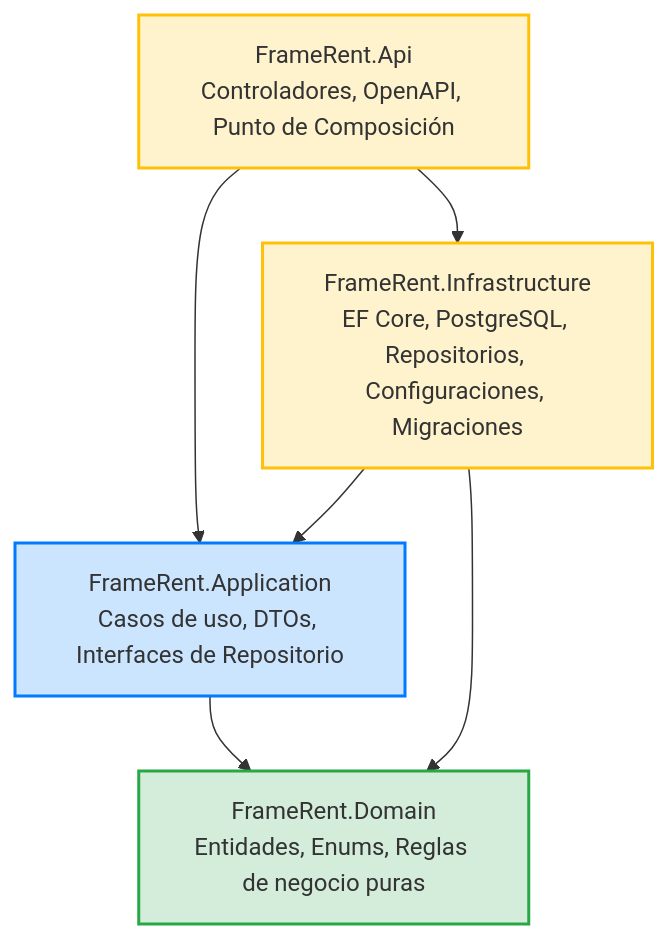
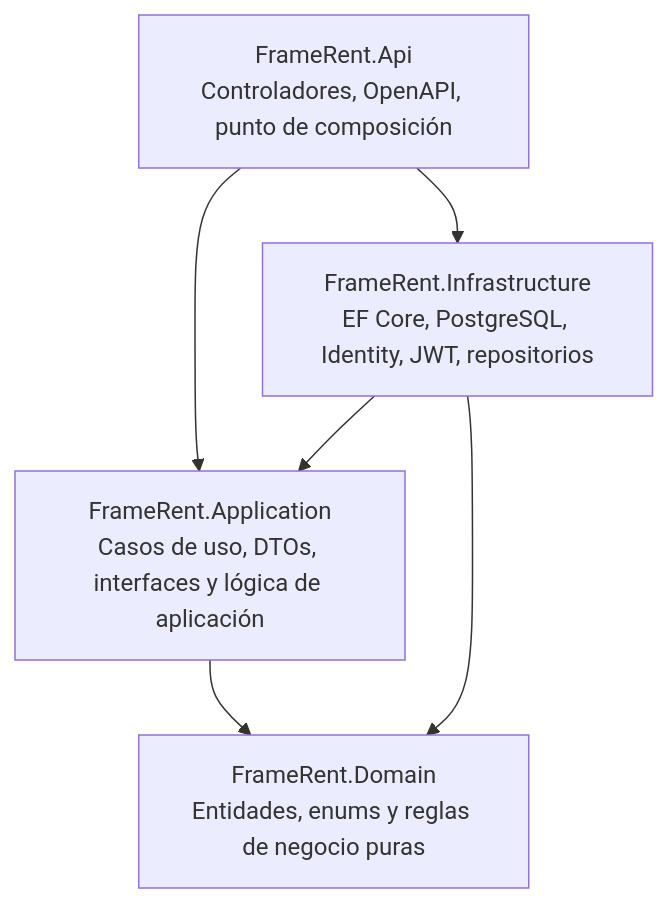
The diagram in README.md (harold-855/FrameRent), drawn with Mermaid before and after one commit. The commit also changed other lines of this file and 26 other files, not shown here.

````diff
--- a/README.md
+++ b/README.md
@@ -75,21 +28,13 @@
 ```mermaid
 graph TD
-    API[FrameRent.Api<br/>Controladores, OpenAPI, Punto de Composición]
-    INFRA[FrameRent.Infrastructure<br/>EF Core, PostgreSQL, Repositorios, Configuraciones, Migraciones]
-    APP[FrameRent.Application<br/>Casos de uso, DTOs, Interfaces de Repositorio]
-    DOM[FrameRent.Domain<br/>Entidades, Enums, Reglas de negocio puras]
+    API[FrameRent.Api<br/>Controladores, OpenAPI, punto de composición]
+    INFRA[FrameRent.Infrastructure<br/>EF Core, PostgreSQL, Identity, JWT, repositorios]
+    APP[FrameRent.Application<br/>Casos de uso, DTOs, interfaces y lógica de aplicación]
+    DOM[FrameRent.Domain<br/>Entidades, enums y reglas de negocio puras]
 
     API --> APP
     API --> INFRA
     INFRA --> APP
     INFRA --> DOM
     APP --> DOM
-
-    classDef core fill:#d4edda,stroke:#28a745,stroke-width:2px;
-    classDef middle fill:#cce5ff,stroke:#007bff,stroke-width:2px;
-    classDef outer fill:#fff3cd,stroke:#ffc107,stroke-width:2px;
-
-    class DOM core;
-    class APP middle;
-    class INFRA,API outer;
 ```
````
